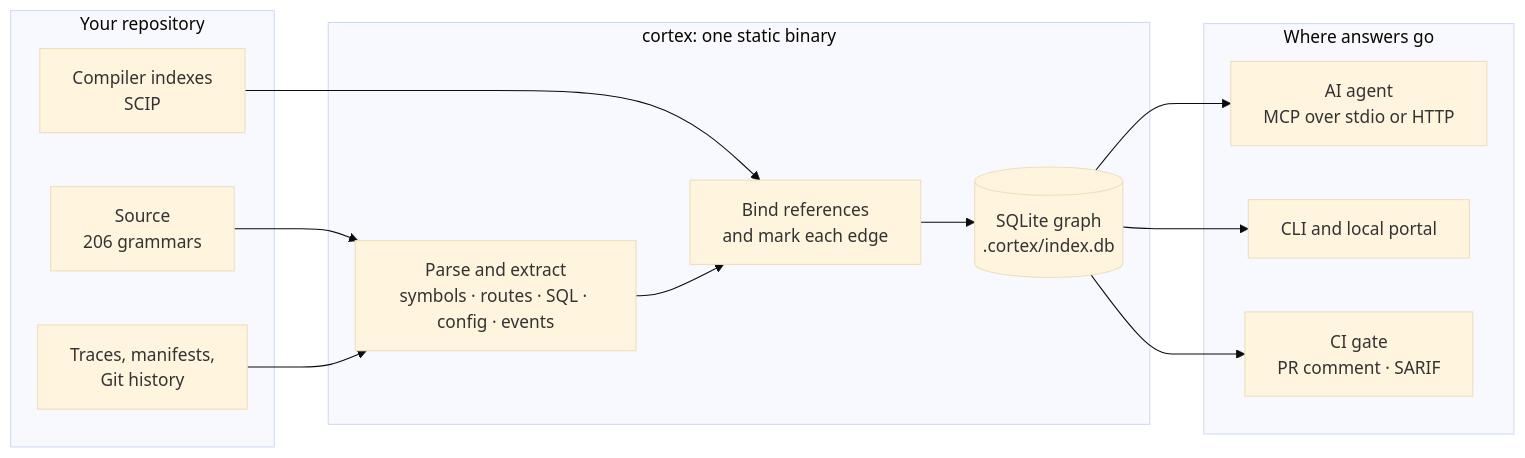
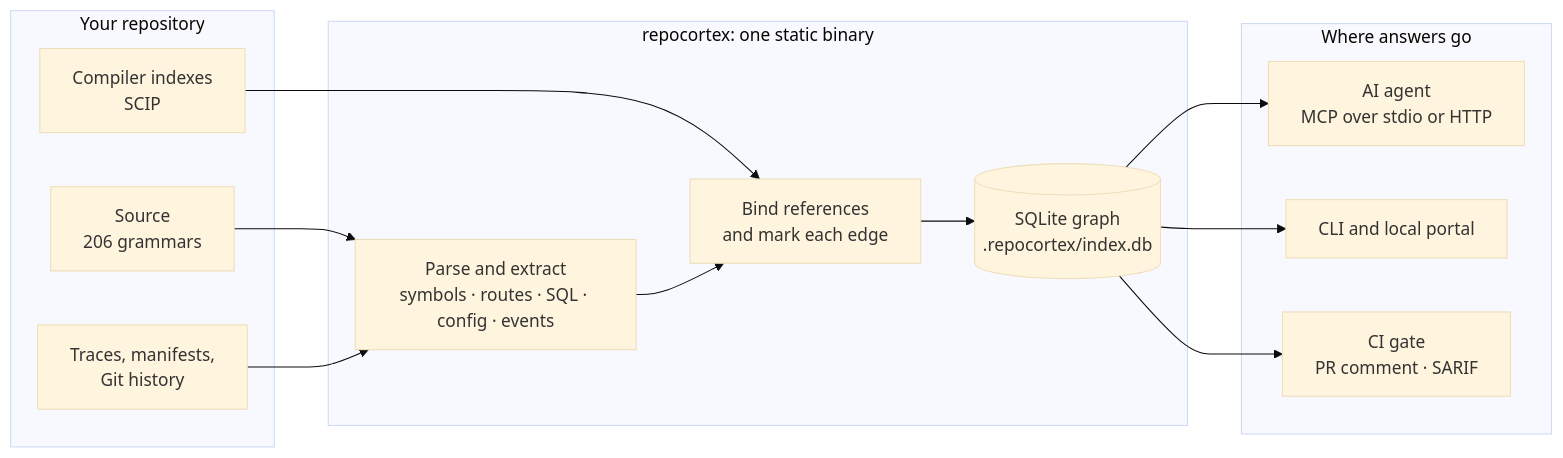
One commit to satyendrakumarsingh/repocortex changed the diagram in README.md. Above: the diagram before and after it, drawn with Mermaid (base theme). The commit also changed other lines of this file and 403 other files, not shown here.

````diff
--- a/README.md
+++ b/README.md
@@ -379,25 +405,25 @@
 ```mermaid
 flowchart LR
     subgraph Sources["Your repository"]
         Code["Source<br/>206 grammars"]
         Compiler["Compiler indexes<br/>SCIP"]
         Runtime["Traces, manifests,<br/>Git history"]
     end
-    subgraph Engine["cortex: one static binary"]
+    subgraph Engine["repocortex: one static binary"]
         Parse["Parse and extract<br/>symbols · routes · SQL · config · events"]
         Resolve["Bind references<br/>and mark each edge"]
-        Graph[("SQLite graph<br/>.cortex/index.db")]
+        Graph[("SQLite graph<br/>.repocortex/index.db")]
     end
     subgraph Use["Where answers go"]
         Agent["AI agent<br/>MCP over stdio or HTTP"]
         CLI["CLI and local portal"]
         CI["CI gate<br/>PR comment · SARIF"]
     end
     Code --> Parse
     Compiler --> Resolve
     Runtime --> Parse
     Parse --> Resolve --> Graph
     Graph --> Agent
     Graph --> CLI
     Graph --> CI
 ```
````
